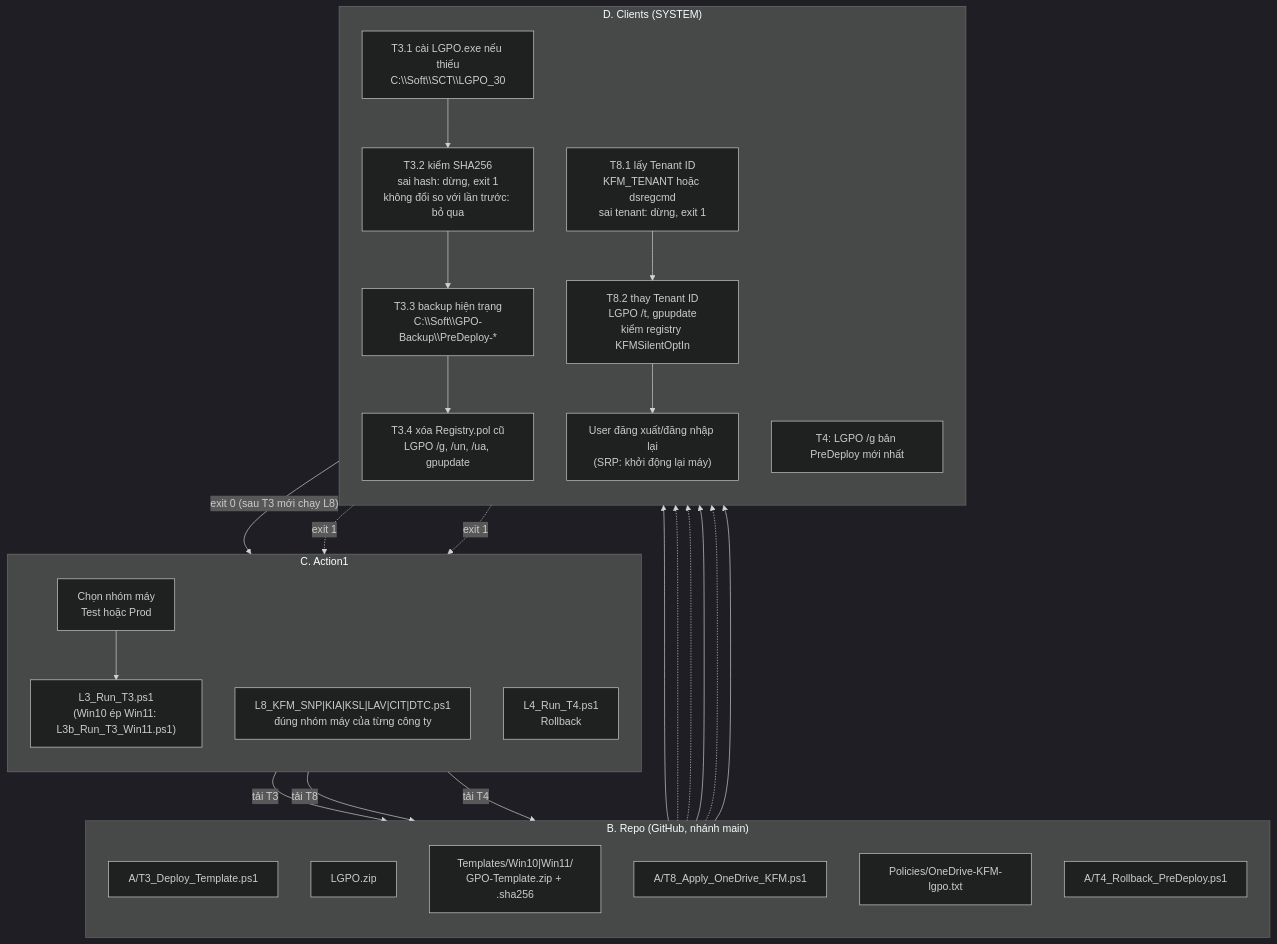
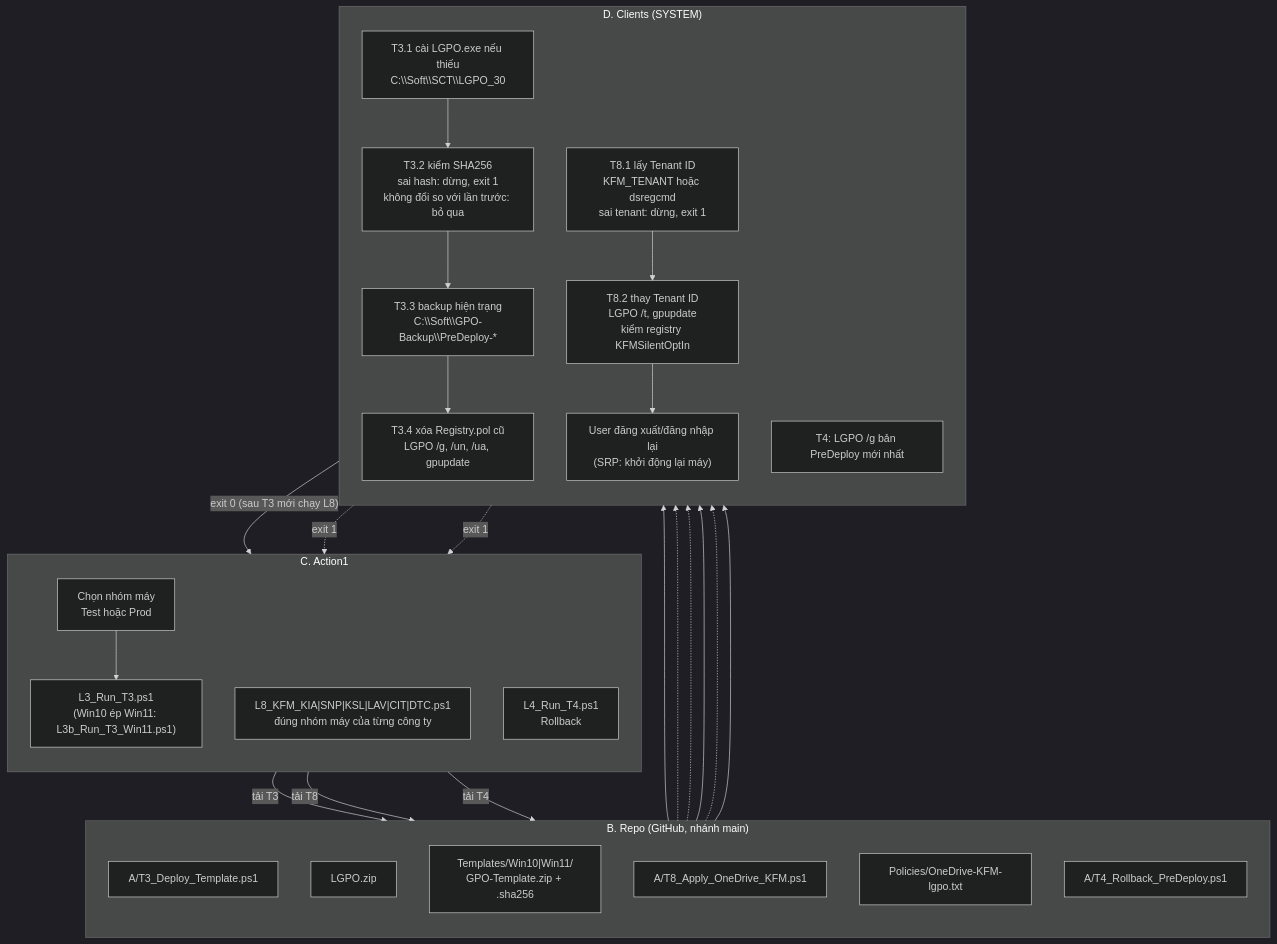
Before and after one commit to JaxVN/LGPO: the second of 2 diagrams in docs/Script-Map.md, drawn with Mermaid (dark theme). The commit also changed 11 other files, not shown here.

First line of the commit message:
Docs/scripts: list KIA (main tenant) first, SNP as member company

````diff
--- a/docs/Script-Map.md
+++ b/docs/Script-Map.md
@@ -33,49 +33,49 @@
 ```mermaid
 flowchart TB
     subgraph C["C. Action1"]
         direction TB
         C1["Chọn nhóm máy<br/>Test hoặc Prod"]
         C2["L3_Run_T3.ps1<br/>(Win10 ép Win11: L3b_Run_T3_Win11.ps1)"]
-        C3["L8_KFM_SNP|KIA|KSL|LAV|CIT|DTC.ps1<br/>đúng nhóm máy của từng công ty"]
+        C3["L8_KFM_KIA|SNP|KSL|LAV|CIT|DTC.ps1<br/>đúng nhóm máy của từng công ty"]
         C4["L4_Run_T4.ps1<br/>Rollback"]
     end
 
     subgraph B["B. Repo (GitHub, nhánh main)"]
         direction TB
         B1["A/T3_Deploy_Template.ps1"]
         B2["LGPO.zip"]
         B3["Templates/Win10|Win11/<br/>GPO-Template.zip + .sha256"]
         B4["A/T8_Apply_OneDrive_KFM.ps1"]
         B5["Policies/OneDrive-KFM-lgpo.txt"]
         B6["A/T4_Rollback_PreDeploy.ps1"]
     end
 
     subgraph D["D. Clients (SYSTEM)"]
         direction TB
         D1["T3.1 cài LGPO.exe nếu thiếu<br/>C:\\Soft\\SCT\\LGPO_30"]
         D2["T3.2 kiểm SHA256<br/>sai hash: dừng, exit 1<br/>không đổi so với lần trước: bỏ qua"]
         D3["T3.3 backup hiện trạng<br/>C:\\Soft\\GPO-Backup\\PreDeploy-*"]
         D4["T3.4 xóa Registry.pol cũ<br/>LGPO /g, /un, /ua, gpupdate"]
         D5["T8.1 lấy Tenant ID<br/>KFM_TENANT hoặc dsregcmd<br/>sai tenant: dừng, exit 1"]
         D6["T8.2 thay Tenant ID<br/>LGPO /t, gpupdate<br/>kiểm registry KFMSilentOptIn"]
         D7["User đăng xuất/đăng nhập lại<br/>(SRP: khởi động lại máy)"]
         D8["T4: LGPO /g bản PreDeploy mới nhất"]
     end
 
     C1 --> C2
     C2 -->|tải T3| B1
     B1 --> D1
     B2 -.-> D1
     D1 --> D2
     B3 -.-> D2
     D2 --> D3 --> D4
     D4 -->|"exit 0 (sau T3 mới chạy L8)"| C3
     C3 -->|tải T8| B4
     B4 --> D5
     B5 -.-> D6
     D5 --> D6 --> D7
     D4 -.->|"exit 1"| C4
     D6 -.->|"exit 1"| C4
     C4 -->|tải T4| B6
     B6 --> D8
 ```
````
